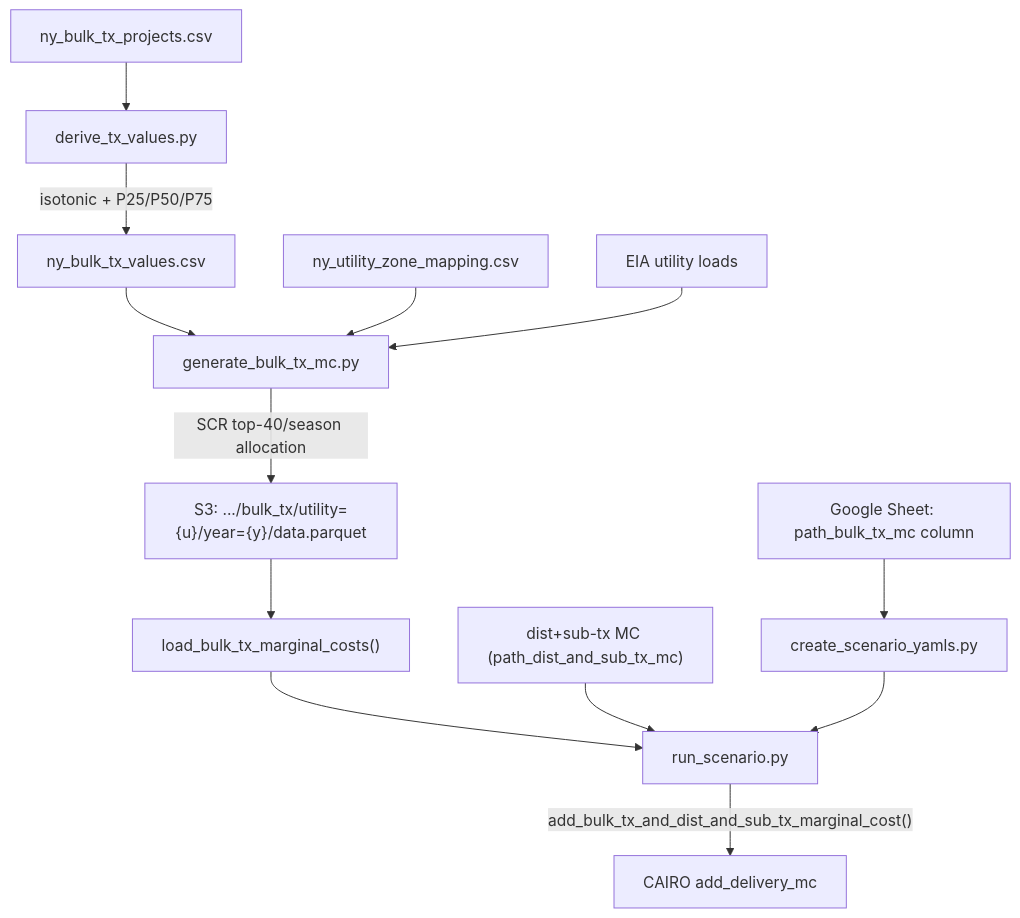
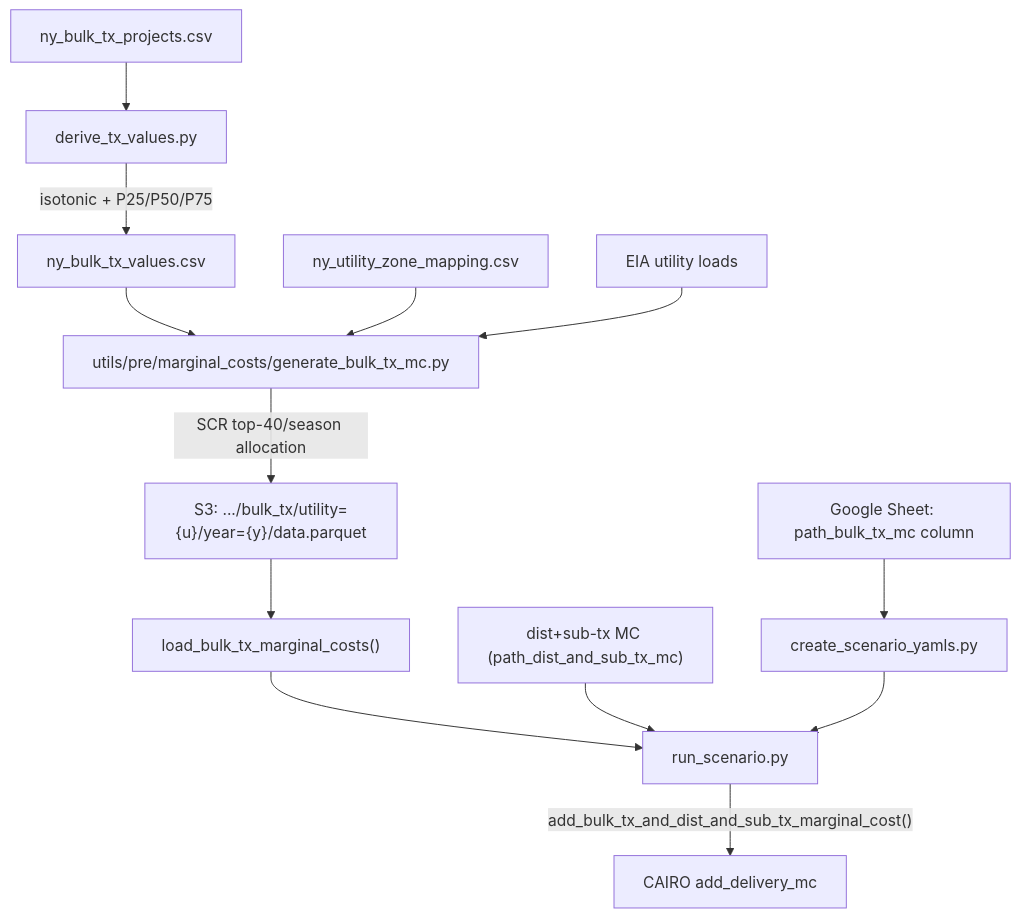
One commit to switchbox-data/rate-design-platform changed the diagram in context/plans/bulk_tx_mc_integration_248a9348.plan.md. Above: the diagram before and after it, drawn with Mermaid. The commit also changed other lines of this file and 2 other files, not shown here.

Commit message:
Update context references to marginal_costs paths

````diff
--- a/context/plans/bulk_tx_mc_integration_248a9348.plan.md
+++ b/context/plans/bulk_tx_mc_integration_248a9348.plan.md
@@ -110,15 +110,15 @@
 ```mermaid
 flowchart TD
     RawCSV["ny_bulk_tx_projects.csv"] --> Derive["derive_tx_values.py"]
     Derive -->|"isotonic + P25/P50/P75"| VzTable["ny_bulk_tx_values.csv"]
-    VzTable --> GenModule["generate_bulk_tx_mc.py"]
+    VzTable --> GenModule["utils/pre/marginal_costs/generate_bulk_tx_mc.py"]
     ZoneMap["ny_utility_zone_mapping.csv"] --> GenModule
     UtilLoads["EIA utility loads"] --> GenModule
     GenModule -->|"SCR top-40/season allocation"| S3Tx["S3: .../bulk_tx/utility={u}/year={y}/data.parquet"]
     S3Tx --> LoadTxMC["load_bulk_tx_marginal_costs()"]
     LoadTxMC --> RunScenario["run_scenario.py"]
     DistMC["dist+sub-tx MC (path_dist_and_sub_tx_mc)"] --> RunScenario
     RunScenario -->|"add_bulk_tx_and_dist_and_sub_tx_marginal_cost()"| CAIRO["CAIRO add_delivery_mc"]
     Sheet["Google Sheet: path_bulk_tx_mc column"] --> ScenarioYAML["create_scenario_yamls.py"]
     ScenarioYAML --> RunScenario
 ```
````
